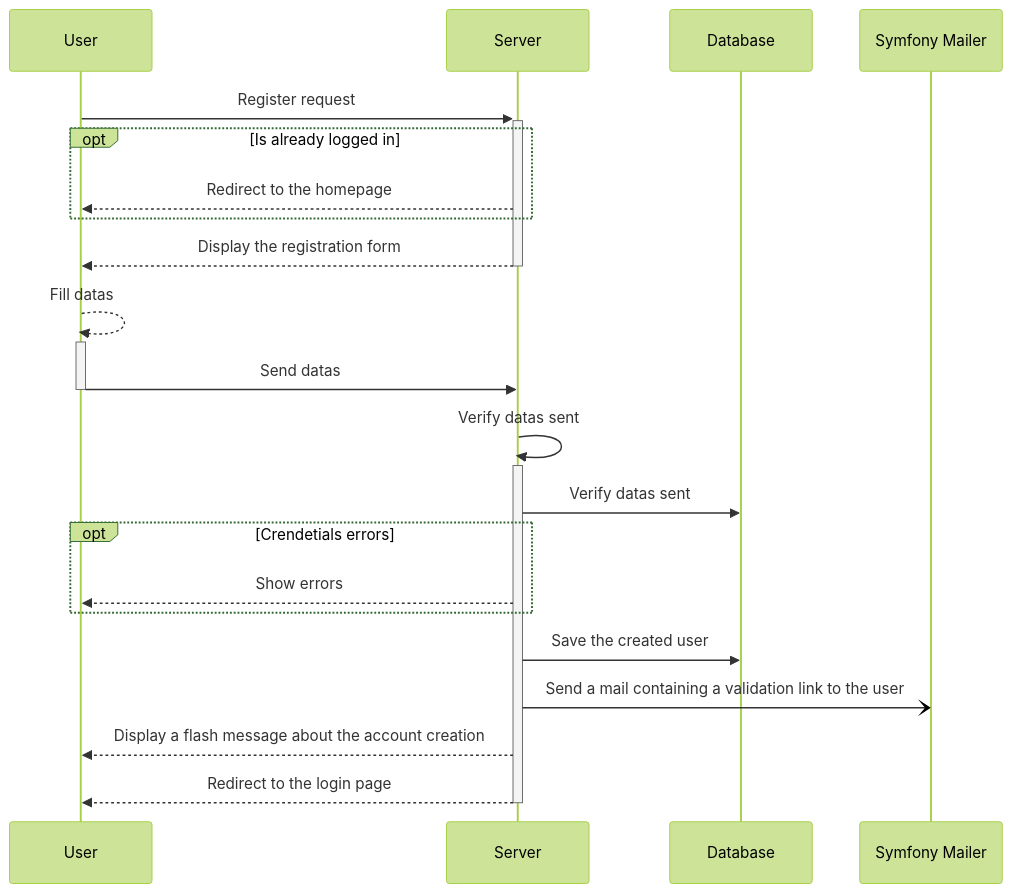
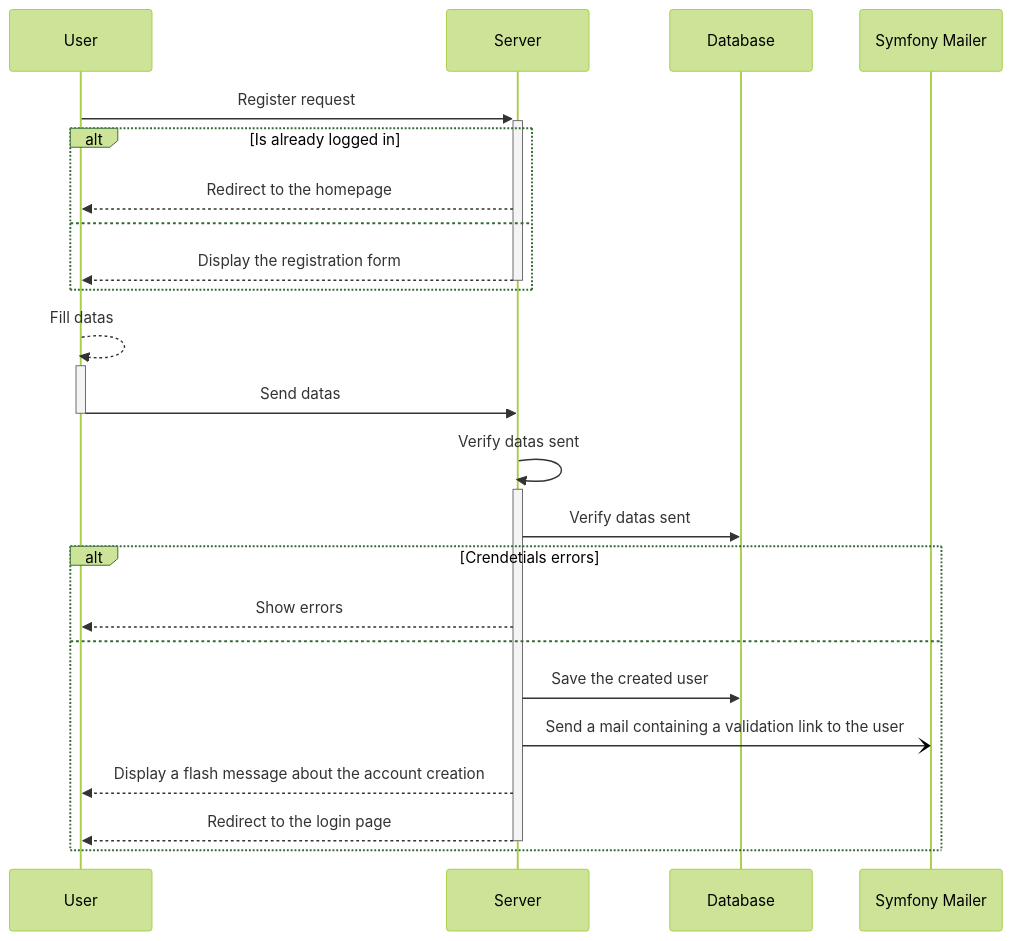
Before and after one commit to acecconato/AnthonyCecconato_6_01102022: the diagram in docs/sequence/authentication/register.md, drawn with Mermaid (forest theme). The commit also changed 15 other files, not shown here.

Commit message:
Update diagrams

````diff
--- a/docs/sequence/authentication/register.md
+++ b/docs/sequence/authentication/register.md
@@ -1,27 +1,26 @@
 ```mermaid
 sequenceDiagram
     User ->>+ Server: Register request
 
-    opt Is already logged in 
+    alt Is already logged in 
         Server -->> User: Redirect to the homepage
+    else
+        Server -->>- User: Display the registration form
     end
-
-    Server -->>- User: Display the registration form
 
     User -->>+ User: Fill datas
     User ->>- Server: Send datas
 
     Server ->>+ Server: Verify datas sent
     Server ->> Database: Verify datas sent
 
-
-    opt Crendetials errors
+    alt Crendetials errors
         Server -->> User: Show errors
+    else
+        Server ->> Database: Save the created user
+        Server -) Symfony Mailer: Send a mail containing a validation link to the user
+        
+        Server -->> User: Display a flash message about the account creation
+        Server -->>- User: Redirect to the login page
     end
-
-    Server ->> Database: Save the created user
-    Server -) Symfony Mailer: Send a mail containing a validation link to the user
-
-    Server -->> User: Display a flash message about the account creation
-    Server -->>- User: Redirect to the login page
 ```
````
